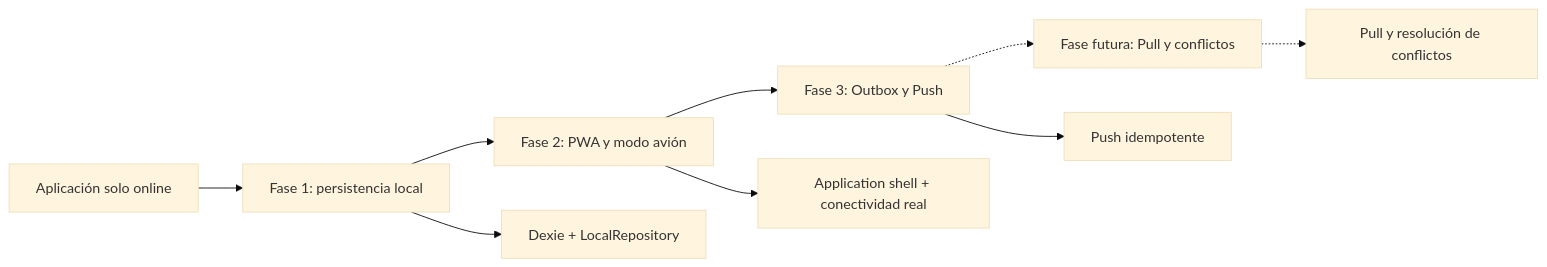
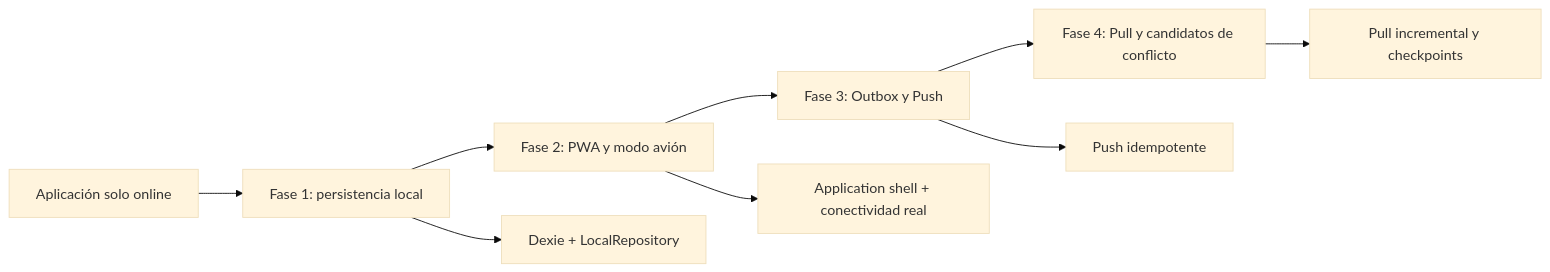
Before and after one commit to RodrigoSHL/project-manager-nx: the first of 17 diagrams in docs/INSPECTION_OFFLINE_FIRST.md, drawn with Mermaid (base theme). The commit also changed other lines of this file and 32 other files, not shown here.

First line of the commit message:
feat(sync): implement incremental Pull with checkpoints and conflict candidates

````diff
--- a/docs/INSPECTION_OFFLINE_FIRST.md
+++ b/docs/INSPECTION_OFFLINE_FIRST.md
@@ -17,12 +18,12 @@
 ```mermaid
 flowchart LR
     ONLINE[Aplicación solo online] --> F1[Fase 1: persistencia local]
     F1 --> F2[Fase 2: PWA y modo avión]
     F2 --> F3[Fase 3: Outbox y Push]
-    F3 -.-> F4[Fase futura: Pull y conflictos]
+    F3 --> F4[Fase 4: Pull y candidatos de conflicto]
 
     F1 --> DEXIE[Dexie + LocalRepository]
     F2 --> SHELL[Application shell + conectividad real]
     F3 --> SYNC[Push idempotente]
-    F4 -.-> PULL[Pull y resolución de conflictos]
+    F4 --> PULL[Pull incremental y checkpoints]
 ```
````
